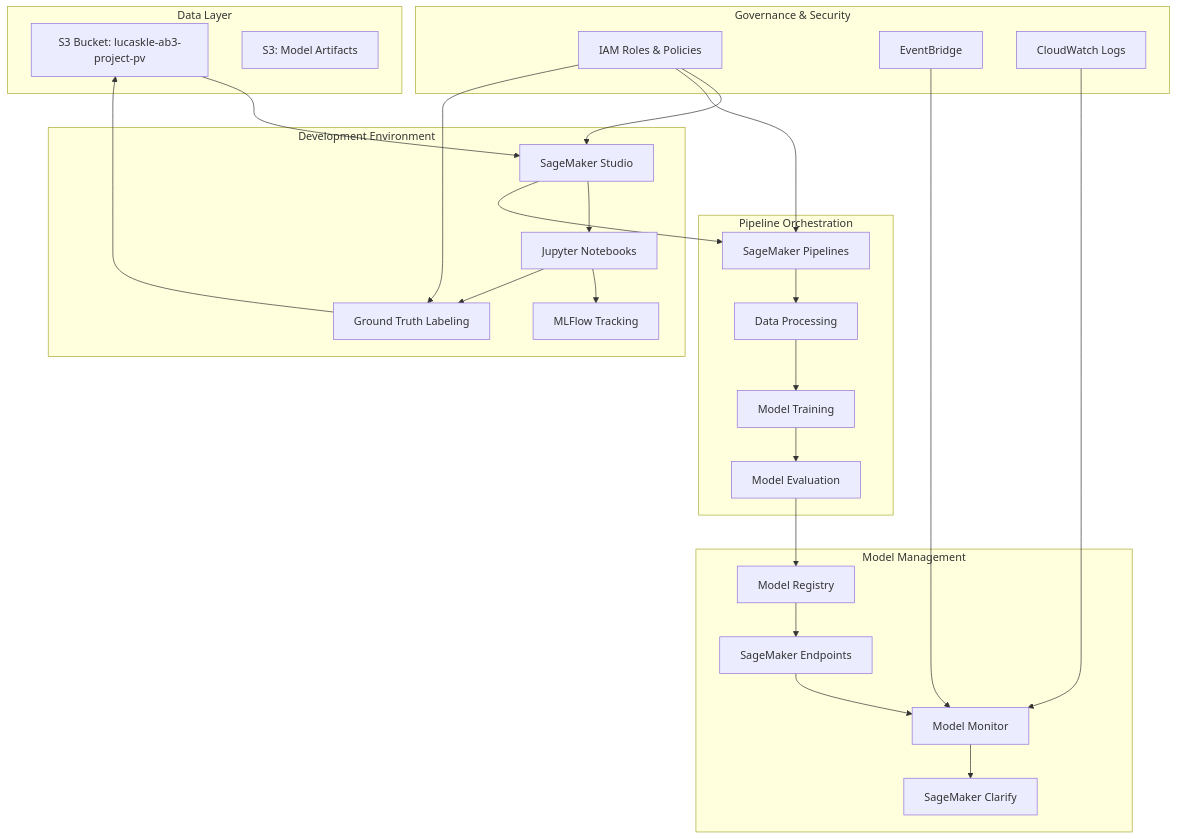
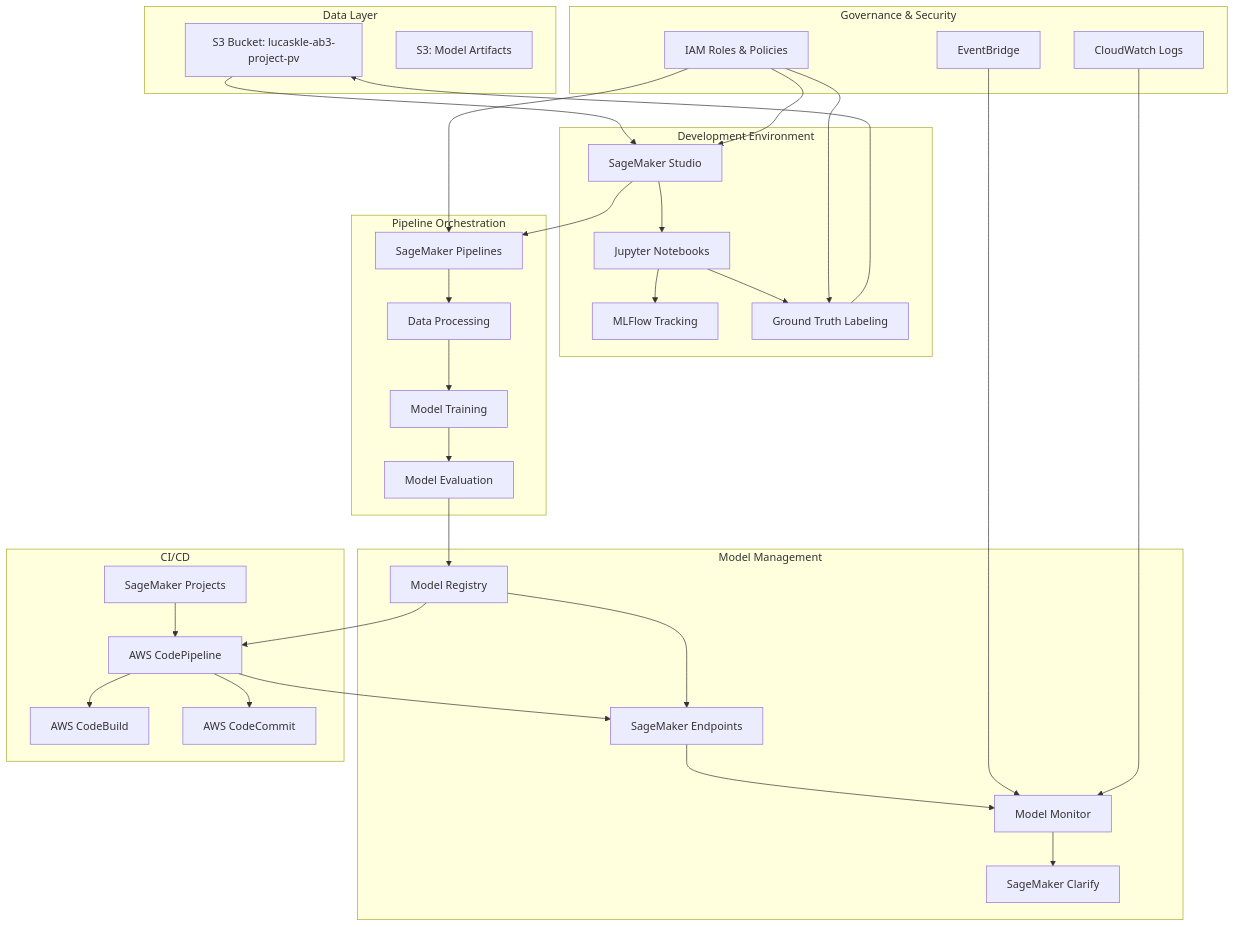
Before and after one commit to lucaskja/ab3-mlops: the first of 7 diagrams in README.md, drawn with Mermaid. The commit also changed other lines of this file and 19 other files, not shown here.

First line of the commit message:
Implement SageMaker Projects for CI/CD

````diff
--- a/README.md
+++ b/README.md
@@ -9,53 +9,65 @@
 ```mermaid
 graph TB
     subgraph "Data Layer"
         S3[S3 Bucket: lucaskle-ab3-project-pv]
         S3_Artifacts[S3: Model Artifacts]
     end
     
     subgraph "Development Environment"
         Studio[SageMaker Studio]
         Notebooks[Jupyter Notebooks]
         MLFlow[MLFlow Tracking]
         GroundTruth[Ground Truth Labeling]
     end
     
     subgraph "Pipeline Orchestration"
         Pipeline[SageMaker Pipelines]
         Processing[Data Processing]
         Training[Model Training]
         Evaluation[Model Evaluation]
     end
     
     subgraph "Model Management"
         Registry[Model Registry]
         Endpoints[SageMaker Endpoints]
         Monitor[Model Monitor]
         Clarify[SageMaker Clarify]
     end
     
     subgraph "Governance & Security"
         IAM[IAM Roles & Policies]
         EventBridge[EventBridge]
         CloudWatch[CloudWatch Logs]
     end
     
+    subgraph "CI/CD"
+        Projects[SageMaker Projects]
+        CodePipeline[AWS CodePipeline]
+        CodeBuild[AWS CodeBuild]
+        CodeCommit[AWS CodeCommit]
+    end
+    
     S3 --> Studio
     Studio --> Notebooks
     Notebooks --> MLFlow
     Notebooks --> GroundTruth
     GroundTruth --> S3
     Studio --> Pipeline
     Pipeline --> Processing
     Processing --> Training
     Training --> Evaluation
     Evaluation --> Registry
     Registry --> Endpoints
     Endpoints --> Monitor
     Monitor --> Clarify
     IAM --> Studio
     IAM --> Pipeline
     IAM --> GroundTruth
     EventBridge --> Monitor
     CloudWatch --> Monitor
+    Projects --> CodePipeline
+    CodePipeline --> CodeBuild
+    CodePipeline --> CodeCommit
+    Registry --> CodePipeline
+    CodePipeline --> Endpoints
 ```
````
